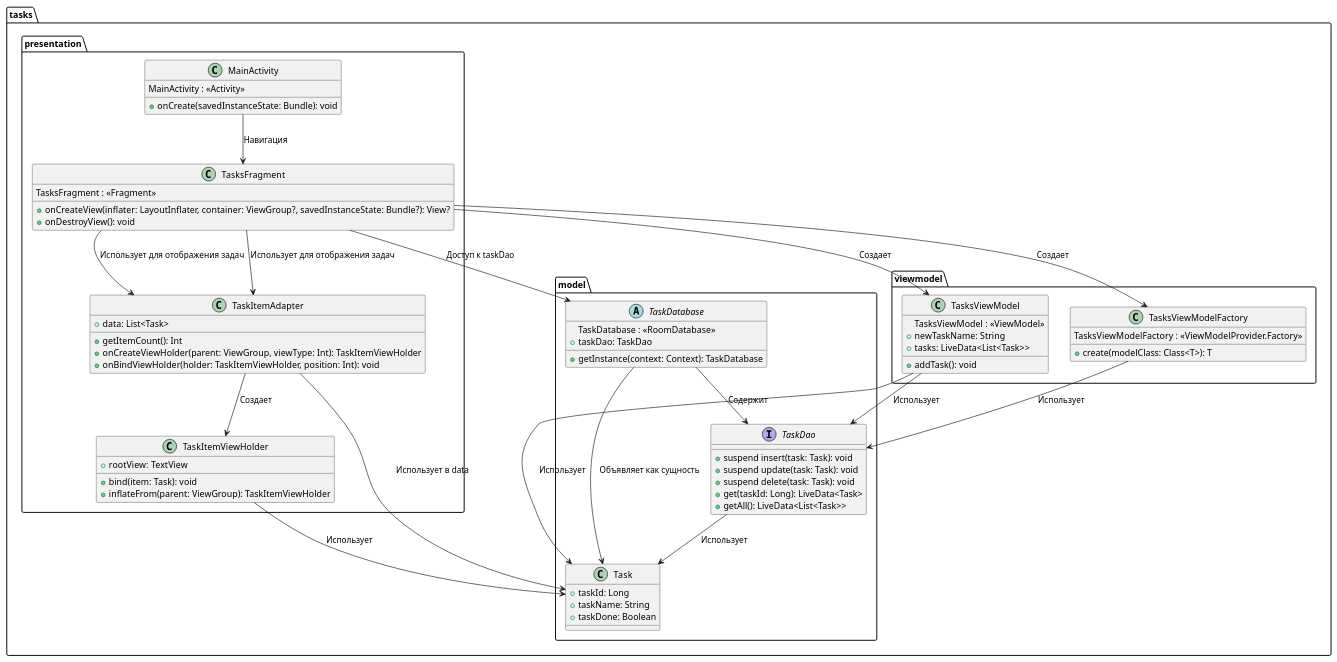
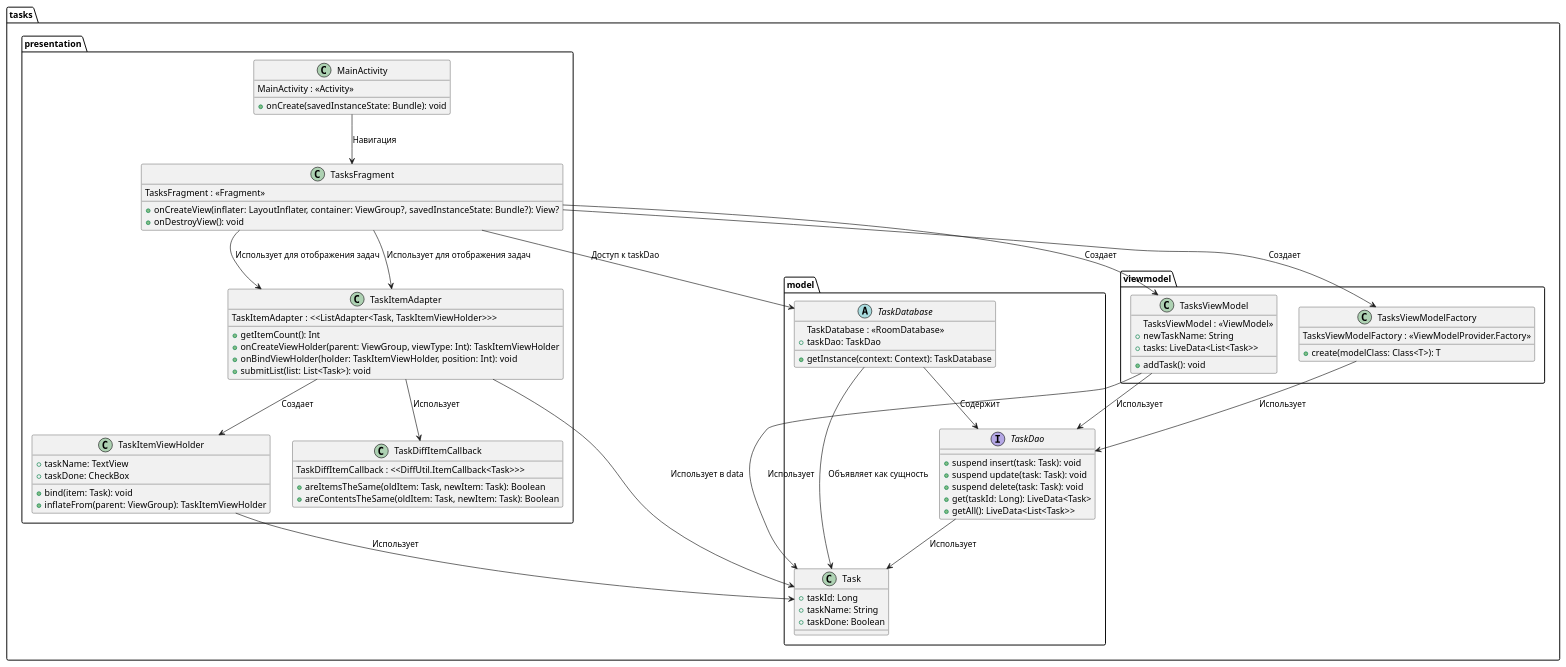
One commit to AbadzhevaK8/android-tasks changed the diagram in app/src/main/java/com/abadzheva/tasks/TasksUML.puml. Above: the diagram before and after it, drawn with PlantUML.

Commit message:
docs: update UML diagram to reflect TaskItemAdapter changes
Updated the UML diagram to reflect changes in `TaskItemAdapter` and introduce `TaskDiffItemCallback`:

-   Updated `TaskItemAdapter` to show it is a ListAdapter.
-   Added `submitList` method to `TaskItemAdapter`.
-   Changed the fields of `TaskItemViewHolder` to include `taskName` and `taskDone`.
-   Added `TaskDiffItemCallback` to the diagram.
-   Added a relationship between `TaskItemAdapter` and `TaskDiffItemCallback`, indicating that the adapter uses the callback.

```diff
--- a/app/src/main/java/com/abadzheva/tasks/TasksUML.puml
+++ b/app/src/main/java/com/abadzheva/tasks/TasksUML.puml
@@ -1,83 +1,92 @@
 @startuml
 package "tasks.model" {
     class Task {
         +taskId: Long
         +taskName: String
         +taskDone: Boolean
     }
 
     interface TaskDao {
         +suspend insert(task: Task): void
         +suspend update(task: Task): void
         +suspend delete(task: Task): void
         +get(taskId: Long): LiveData<Task>
         +getAll(): LiveData<List<Task>>
     }
 
     abstract class TaskDatabase {
         TaskDatabase : <<RoomDatabase>>
         +taskDao: TaskDao
         +getInstance(context: Context): TaskDatabase
     }
 
     TaskDao --> Task : "Использует"
     TaskDatabase --> TaskDao : "Содержит"
     TaskDatabase --> Task : "Объявляет как сущность"
 }
 
 package "tasks.presentation" {
     class MainActivity {
         MainActivity : <<Activity>>
         +onCreate(savedInstanceState: Bundle): void
     }
 
     class TasksFragment {
         TasksFragment : <<Fragment>>
         +onCreateView(inflater: LayoutInflater, container: ViewGroup?, savedInstanceState: Bundle?): View?
         +onDestroyView(): void
     }
 
     class TaskItemAdapter {
-        +data: List<Task>
+        TaskItemAdapter : <<ListAdapter<Task, TaskItemViewHolder>>>
         +getItemCount(): Int
         +onCreateViewHolder(parent: ViewGroup, viewType: Int): TaskItemViewHolder
         +onBindViewHolder(holder: TaskItemViewHolder, position: Int): void
+        +submitList(list: List<Task>): void
     }
 
     class TaskItemViewHolder {
-        +rootView: TextView
+        +taskName: TextView
+        +taskDone: CheckBox
         +bind(item: Task): void
         +inflateFrom(parent: ViewGroup): TaskItemViewHolder
     }
 
+    class TaskDiffItemCallback {
+        TaskDiffItemCallback : <<DiffUtil.ItemCallback<Task>>>
+        +areItemsTheSame(oldItem: Task, newItem: Task): Boolean
+        +areContentsTheSame(oldItem: Task, newItem: Task): Boolean
+    }
+
     TaskItemAdapter --> TaskItemViewHolder : "Создает"
     TaskItemViewHolder --> Task : "Использует"
+    TaskItemAdapter --> TaskDiffItemCallback : "Использует"
     TasksFragment --> TaskItemAdapter : "Использует для отображения задач"
 }
 
 package "tasks.viewmodel" {
     class TasksViewModel {
         TasksViewModel : <<ViewModel>>
         +newTaskName: String
         +tasks: LiveData<List<Task>>
         +addTask(): void
     }
 
     class TasksViewModelFactory {
         TasksViewModelFactory : <<ViewModelProvider.Factory>>
         +create(modelClass: Class<T>): T
     }
 }
 
 ' Связи между компонентами
 TasksFragment --> TasksViewModelFactory : "Создает"
 TasksFragment --> TasksViewModel : "Создает"
 TasksViewModelFactory --> TaskDao : "Использует"
 
 TasksViewModel --> TaskDao : "Использует"
 TasksViewModel --> Task : "Использует"
 TasksFragment --> TaskDatabase : "Доступ к taskDao"
 MainActivity --> TasksFragment : "Навигация"
 TasksFragment --> TaskItemAdapter : "Использует для отображения задач"
 TaskItemAdapter --> Task : "Использует в data"
 @enduml
```
